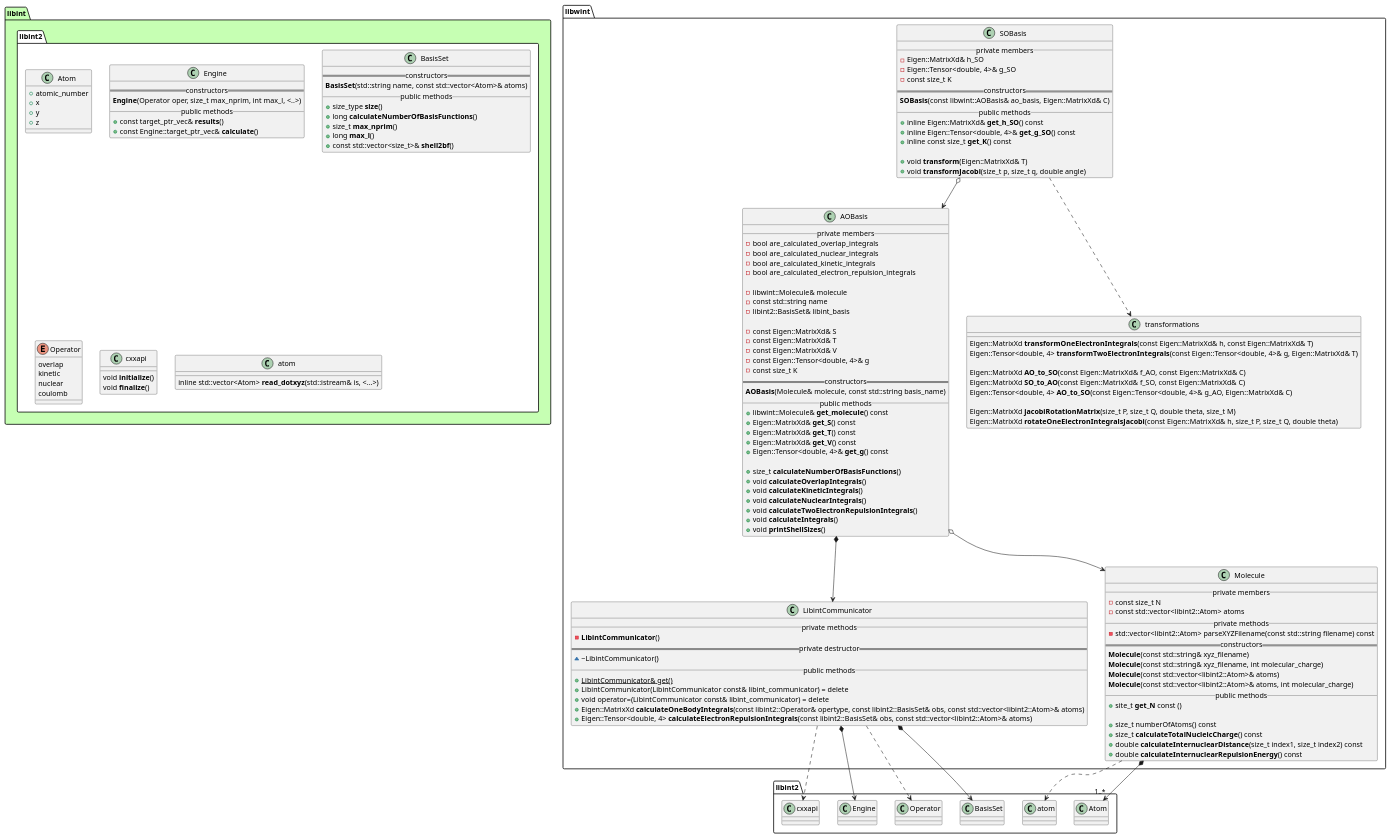
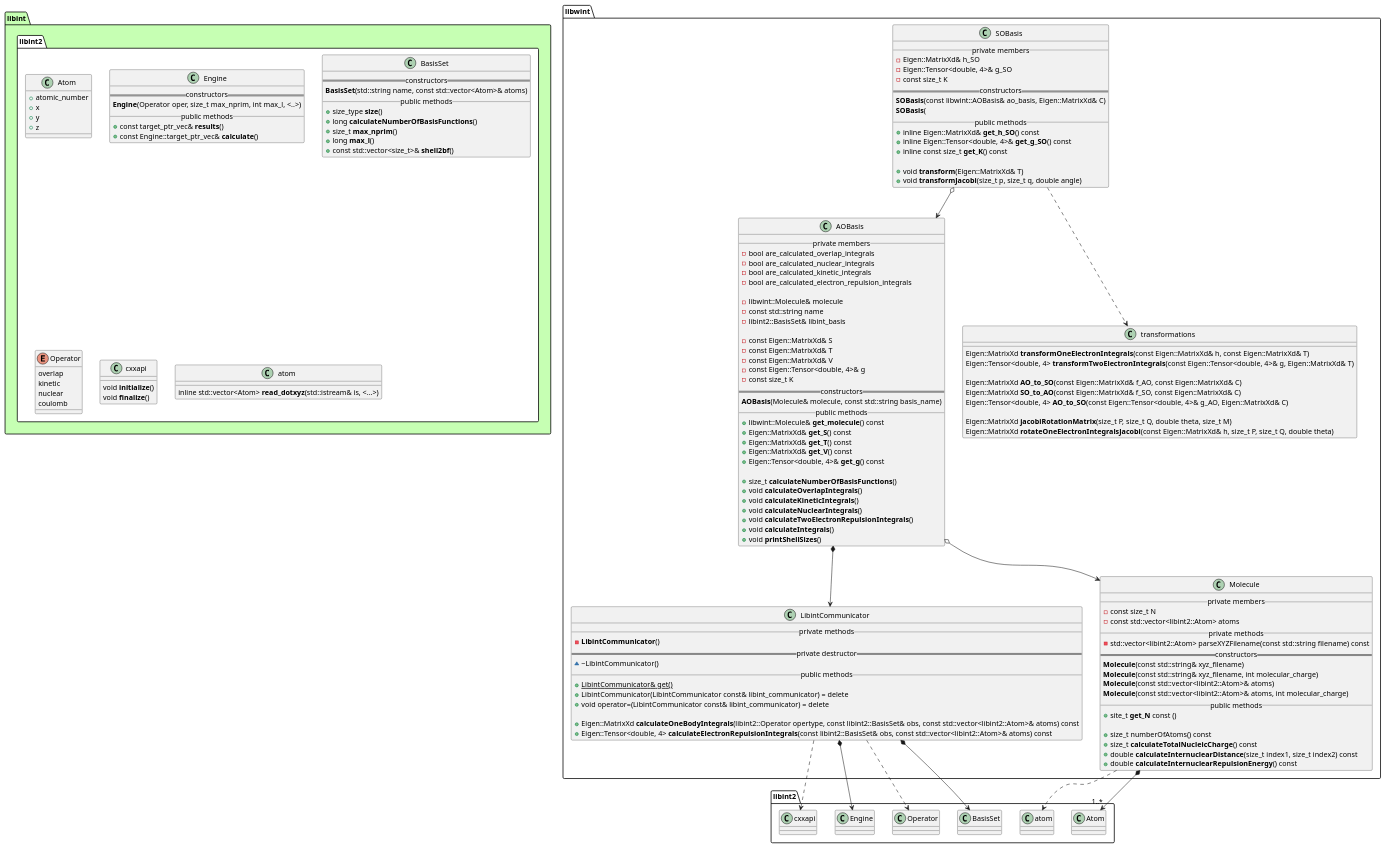
The diagram in docs/libwint.puml (tmhuysen/libwint), drawn with PlantUML before and after one commit. The commit also changed 5 other files, not shown here.

```diff
--- a/docs/libwint.puml
+++ b/docs/libwint.puml
@@ -1,174 +1,176 @@
 @startuml
 
 
 
 package libint #c6ffb3 {
     namespace libint2 #ffffff {
         class Atom {
             + atomic_number
             + x
             + y
             + z
         }
 
         class Engine {
             == constructors ==
                 **Engine**(Operator oper, size_t max_nprim, int max_l, <..>)
             __ public methods __
                 + const target_ptr_vec& **results**()
                 + const Engine::target_ptr_vec& **calculate**()
         }
 
         class BasisSet {
             == constructors ==
                 **BasisSet**(std::string name, const std::vector<Atom>& atoms)
             __ public methods __
                 + size_type **size**()
                 + long **calculateNumberOfBasisFunctions**()
                 + size_t **max_nprim**()
                 + long **max_l**()
                 + const std::vector<size_t>& **shell2bf**()
         }
 
         enum Operator {
             overlap
             kinetic
             nuclear
             coulomb
         }
 
         class cxxapi {
                 void **initialize**()
                 void **finalize**()
         }
 
         class atom {
             inline std::vector<Atom> **read_dotxyz**(std::istream& is, <...>)
         }
     }
 }
 
 
 
 
 namespace libwint {
 
     class AOBasis {
         __ private members __
             - bool are_calculated_overlap_integrals
             - bool are_calculated_nuclear_integrals
             - bool are_calculated_kinetic_integrals
             - bool are_calculated_electron_repulsion_integrals
 
             - libwint::Molecule& molecule
             - const std::string name
             - libint2::BasisSet& libint_basis
 
             - const Eigen::MatrixXd& S
             - const Eigen::MatrixXd& T
             - const Eigen::MatrixXd& V
             - const Eigen::Tensor<double, 4>& g
             - const size_t K
         == constructors ==
             **AOBasis**(Molecule& molecule, const std::string basis_name)
         __ public methods __
             + libwint::Molecule& **get_molecule**() const
             + Eigen::MatrixXd& **get_S**() const
             + Eigen::MatrixXd& **get_T**() const
             + Eigen::MatrixXd& **get_V**() const
             + Eigen::Tensor<double, 4>& **get_g**() const
 
             + size_t **calculateNumberOfBasisFunctions**()
             + void **calculateOverlapIntegrals**()
             + void **calculateKineticIntegrals**()
             + void **calculateNuclearIntegrals**()
             + void **calculateTwoElectronRepulsionIntegrals**()
             + void **calculateIntegrals**()
             + void **printShellSizes**()
     }
 
 
     class SOBasis {
         __ private members __
             - Eigen::MatrixXd& h_SO
             - Eigen::Tensor<double, 4>& g_SO
             - const size_t K
         == constructors ==
             **SOBasis**(const libwint::AOBasis& ao_basis, Eigen::MatrixXd& C)
+            **SOBasis**(
         __ public methods __
             + inline Eigen::MatrixXd& **get_h_SO**() const
             + inline Eigen::Tensor<double, 4>& **get_g_SO**() const
             + inline const size_t **get_K**() const
 
             + void **transform**(Eigen::MatrixXd& T)
             + void **transformJacobi**(size_t p, size_t q, double angle)
     }
 
 
     class transformations {
             Eigen::MatrixXd **transformOneElectronIntegrals**(const Eigen::MatrixXd& h, const Eigen::MatrixXd& T)
             Eigen::Tensor<double, 4> **transformTwoElectronIntegrals**(const Eigen::Tensor<double, 4>& g, Eigen::MatrixXd& T)
 
             Eigen::MatrixXd **AO_to_SO**(const Eigen::MatrixXd& f_AO, const Eigen::MatrixXd& C)
             Eigen::MatrixXd **SO_to_AO**(const Eigen::MatrixXd& f_SO, const Eigen::MatrixXd& C)
             Eigen::Tensor<double, 4> **AO_to_SO**(const Eigen::Tensor<double, 4>& g_AO, Eigen::MatrixXd& C)
 
             Eigen::MatrixXd **jacobiRotationMatrix**(size_t P, size_t Q, double theta, size_t M)
             Eigen::MatrixXd **rotateOneElectronIntegralsJacobi**(const Eigen::MatrixXd& h, size_t P, size_t Q, double theta)
     }
 
 
     class LibintCommunicator {
         __ private methods __
             - **LibintCommunicator**()
         == private destructor ==
             ~ ~LibintCommunicator()
         __ public methods __
             + {static} LibintCommunicator& get()
             + LibintCommunicator(LibintCommunicator const& libint_communicator) = delete
             + void operator=(LibintCommunicator const& libint_communicator) = delete
-            + Eigen::MatrixXd **calculateOneBodyIntegrals**(const libint2::Operator& opertype, const libint2::BasisSet& obs, const std::vector<libint2::Atom>& atoms)
-            + Eigen::Tensor<double, 4> **calculateElectronRepulsionIntegrals**(const libint2::BasisSet& obs, const std::vector<libint2::Atom>& atoms)
+
+            + Eigen::MatrixXd **calculateOneBodyIntegrals**(libint2::Operator opertype, const libint2::BasisSet& obs, const std::vector<libint2::Atom>& atoms) const
+            + Eigen::Tensor<double, 4> **calculateElectronRepulsionIntegrals**(const libint2::BasisSet& obs, const std::vector<libint2::Atom>& atoms) const
     }
 
 
     class Molecule {
         __ private members __
             - const size_t N
             - const std::vector<libint2::Atom> atoms
         __ private methods __
             - std::vector<libint2::Atom> parseXYZFilename(const std::string filename) const
         == constructors ==
             **Molecule**(const std::string& xyz_filename)
             **Molecule**(const std::string& xyz_filename, int molecular_charge)
             **Molecule**(const std::vector<libint2::Atom>& atoms)
             **Molecule**(const std::vector<libint2::Atom>& atoms, int molecular_charge)
         __ public methods __
             + site_t **get_N** const ()
 
             + size_t numberOfAtoms() const
             + size_t **calculateTotalNucleicCharge**() const
             + double **calculateInternuclearDistance**(size_t index1, size_t index2) const
             + double **calculateInternuclearRepulsionEnergy**() const
     }
 
 }
 
 
 
 libwint.AOBasis o--> libwint.Molecule
 libwint.AOBasis *--> libwint.LibintCommunicator
 
 libwint.LibintCommunicator *--> libint2.BasisSet
 libwint.LibintCommunicator ..> libint2.Operator
 libwint.LibintCommunicator *--> libint2.Engine
 libwint.LibintCommunicator ..> libint2.cxxapi
 
 libwint.Molecule *--> "1..*" libint2.Atom
 libwint.Molecule ..> libint2.atom
 
 libwint.SOBasis ..> libwint.transformations
 libwint.SOBasis o--> libwint.AOBasis
 
 
 @enduml
```
